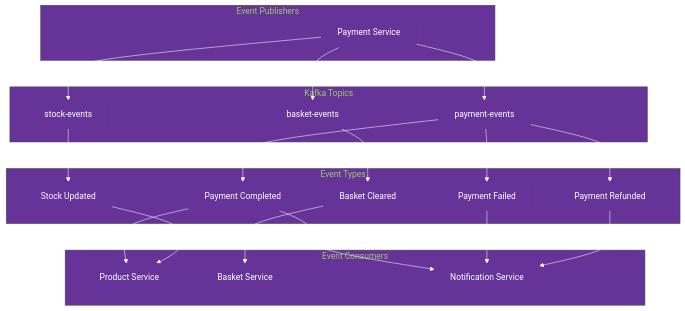
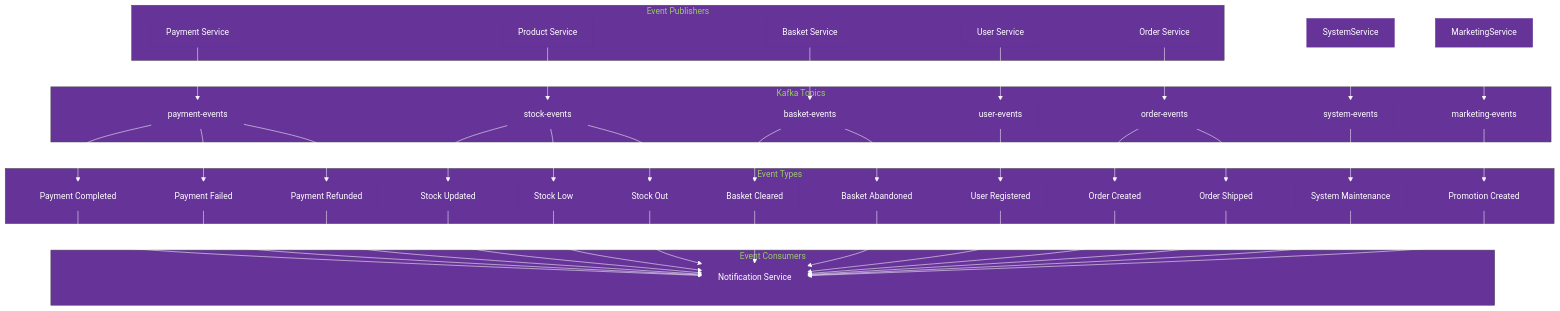
Diagram 17 of 41 in README.md (ozturkeniss/obs-tools-usage), drawn with Mermaid before and after one commit. The commit also changed other lines of this file, not shown here.

First line of the commit message:
Add Notification Service documentation and architecture updates

````diff
--- a/README.md
+++ b/README.md
@@ -614,45 +721,82 @@
 ```mermaid
 %%{init: {'theme':'base', 'themeVariables': { 'primaryColor': '#663399', 'primaryTextColor': '#ffffff', 'primaryBorderColor': '#663399', 'lineColor': '#ffffff', 'secondaryColor': '#663399', 'tertiaryColor': '#663399'}}}%%
 graph TB
     subgraph "Event Publishers"
         PaymentService[Payment Service]
+        ProductService[Product Service]
+        BasketService[Basket Service]
+        UserService[User Service]
+        OrderService[Order Service]
     end
     
     subgraph "Kafka Topics"
         PaymentEvents[payment-events]
         StockEvents[stock-events]
         BasketEvents[basket-events]
+        UserEvents[user-events]
+        OrderEvents[order-events]
+        SystemEvents[system-events]
+        MarketingEvents[marketing-events]
     end
     
     subgraph "Event Types"
         PaymentCompleted[Payment Completed]
         PaymentFailed[Payment Failed]
         PaymentRefunded[Payment Refunded]
         StockUpdated[Stock Updated]
+        StockLow[Stock Low]
+        StockOut[Stock Out]
         BasketCleared[Basket Cleared]
+        BasketAbandoned[Basket Abandoned]
+        UserRegistered[User Registered]
+        OrderCreated[Order Created]
+        OrderShipped[Order Shipped]
+        SystemMaintenance[System Maintenance]
+        PromotionCreated[Promotion Created]
     end
     
     subgraph "Event Consumers"
         ProductService[Product Service]
         BasketService[Basket Service]
         NotificationService[Notification Service]
     end
     
     PaymentService --> PaymentEvents
-    PaymentService --> StockEvents
-    PaymentService --> BasketEvents
+    ProductService --> StockEvents
+    BasketService --> BasketEvents
+    UserService --> UserEvents
+    OrderService --> OrderEvents
+    SystemService --> SystemEvents
+    MarketingService --> MarketingEvents
     
     PaymentEvents --> PaymentCompleted
     PaymentEvents --> PaymentFailed
     PaymentEvents --> PaymentRefunded
     
     StockEvents --> StockUpdated
+    StockEvents --> StockLow
+    StockEvents --> StockOut
+    
     BasketEvents --> BasketCleared
+    BasketEvents --> BasketAbandoned
     
-    PaymentCompleted --> ProductService
+    UserEvents --> UserRegistered
+    OrderEvents --> OrderCreated
+    OrderEvents --> OrderShipped
+    SystemEvents --> SystemMaintenance
+    MarketingEvents --> PromotionCreated
+    
     PaymentCompleted --> NotificationService
     PaymentFailed --> NotificationService
     PaymentRefunded --> NotificationService
-    StockUpdated --> ProductService
-    BasketCleared --> BasketService
+    StockUpdated --> NotificationService
+    StockLow --> NotificationService
+    StockOut --> NotificationService
+    BasketCleared --> NotificationService
+    BasketAbandoned --> NotificationService
+    UserRegistered --> NotificationService
+    OrderCreated --> NotificationService
+    OrderShipped --> NotificationService
+    SystemMaintenance --> NotificationService
+    PromotionCreated --> NotificationService
 ```
````
